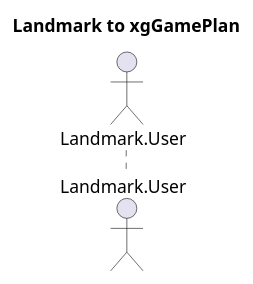
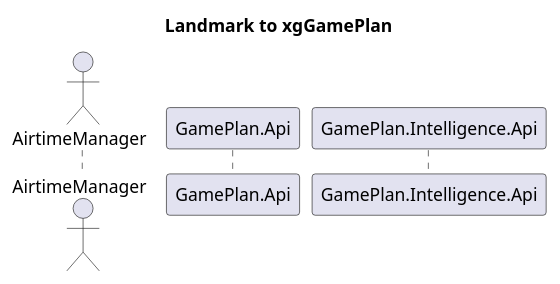
Before and after one commit to tatokhorava/diagrams: the diagram in LandmarkIntegration/UsingLocalStorage_Run.wsd, drawn with PlantUML. The commit also changed 1 other file, not shown here.

Commit message:
Airtime manager process added

```diff
--- a/LandmarkIntegration/UsingLocalStorage_Run.wsd
+++ b/LandmarkIntegration/UsingLocalStorage_Run.wsd
@@ -1,5 +1,8 @@
 @startuml
 title Landmark to xgGamePlan
-actor Landmark.User
+actor AirtimeManager
+participant GamePlan.Api
+participant GamePlan.Intelligence.Api
+
 
 @enduml
```
